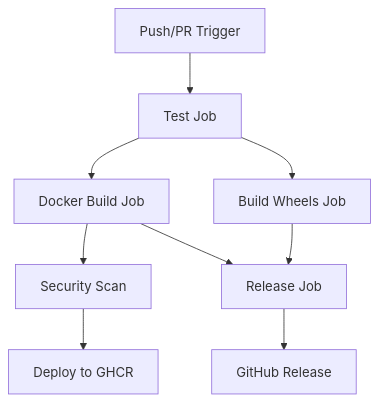
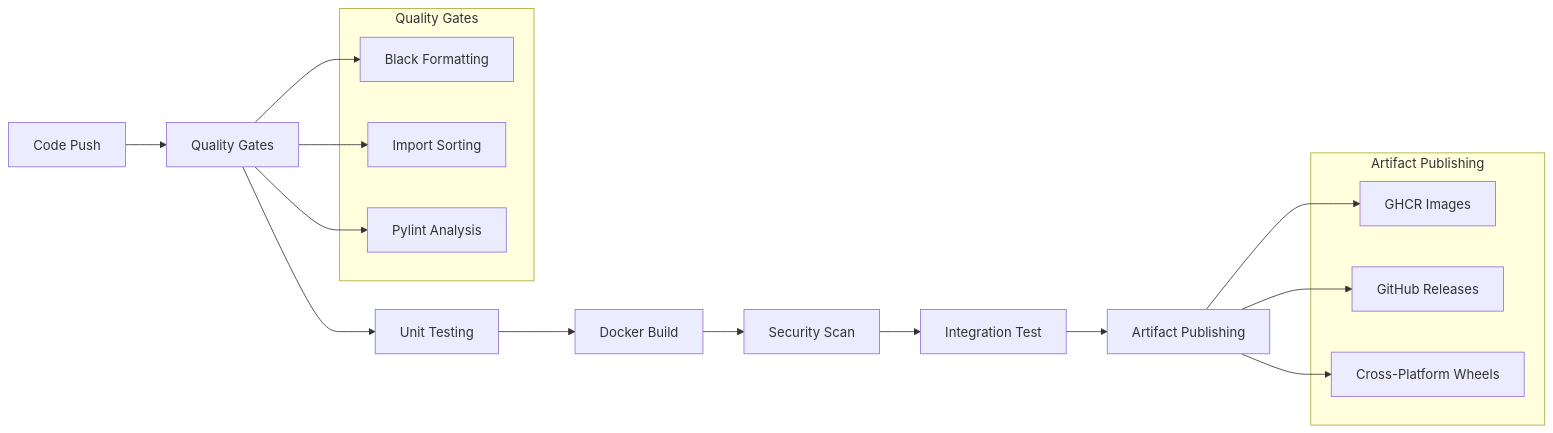
Before and after one commit to mlc-ai/mlc-llm: the second of 2 diagrams in README.md, drawn with Mermaid. The commit also changed other lines of this file and 15 other files, not shown here.

````diff
--- a/README.md
+++ b/README.md
@@ -229,11 +49,29 @@
 ```mermaid
-graph TD
-    A[Push/PR Trigger] --> B[Test Job]
-    B --> C[Docker Build Job]
-    B --> D[Build Wheels Job]
-    C --> E[Security Scan]
-    D --> F[Release Job]
-    C --> F
-    E --> G[Deploy to GHCR]
-    F --> H[GitHub Release]
+graph LR
+    A[Code Push] --> B[Quality Gates]
+    B --> C[Unit Testing]
+    C --> D[Docker Build]
+    D --> E[Security Scan]
+    E --> F[Integration Test]
+    F --> G[Artifact Publishing]
+    
+    subgraph "Quality Gates"
+        B1[Black Formatting]
+        B2[Import Sorting]
+        B3[Pylint Analysis]
+    end
+    
+    subgraph "Artifact Publishing"
+        G1[GHCR Images]
+        G2[GitHub Releases]
+        G3[Cross-Platform Wheels]
+    end
+    
+    B --> B1
+    B --> B2
+    B --> B3
+    
+    G --> G1
+    G --> G2
+    G --> G3
 ```
````
